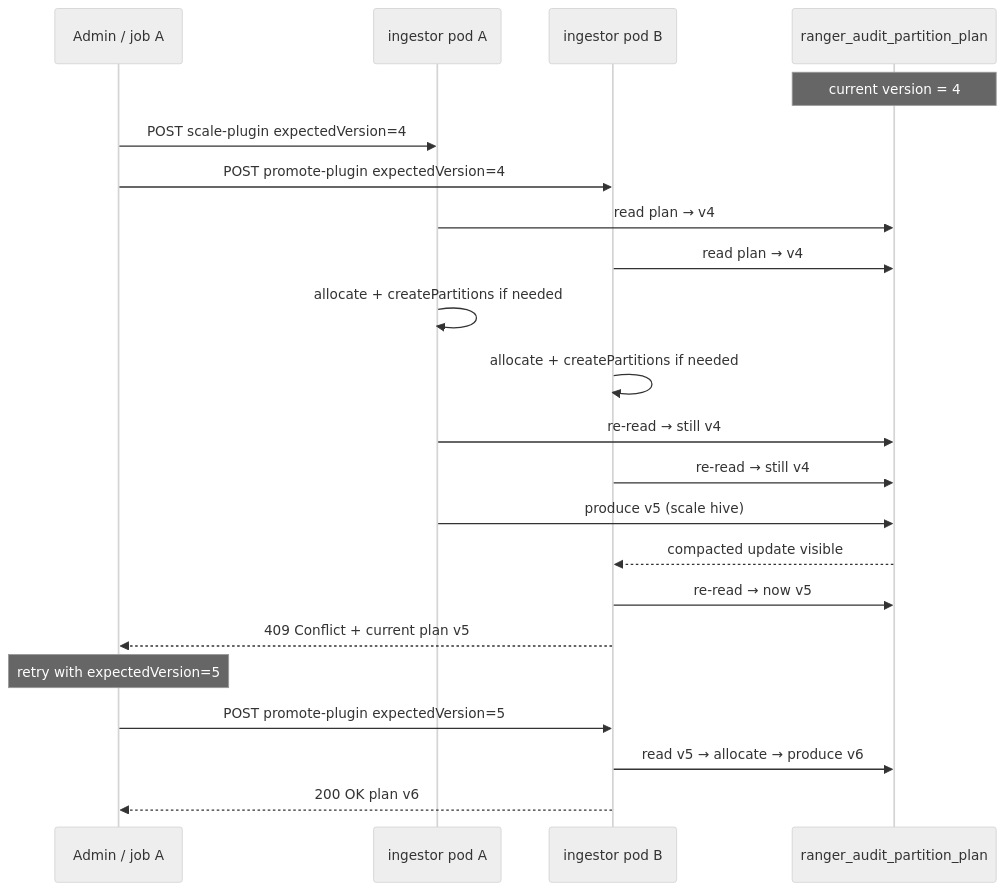
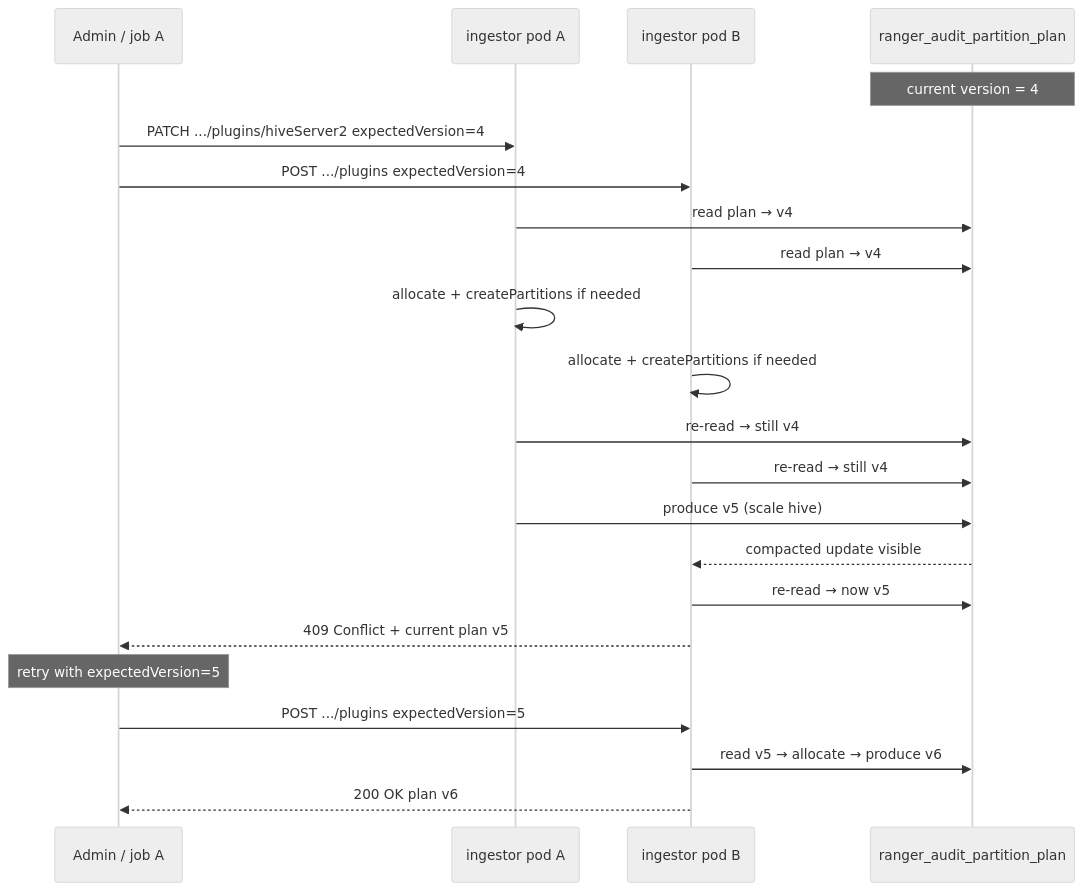
Before and after one commit to ramackri/ranger: diagram 16 of 22 in audit-server/README-KAFKA-PARTITION-PLAN-REGISTRY-REST.md, drawn with Mermaid (neutral theme). The commit also changed other lines of this file and 50 other files, not shown here.

````diff
--- a/audit-server/README-KAFKA-PARTITION-PLAN-REGISTRY-REST.md
+++ b/audit-server/README-KAFKA-PARTITION-PLAN-REGISTRY-REST.md
@@ -1022,33 +1025,33 @@
 ```mermaid
 sequenceDiagram
   participant AdminA as Admin / job A
   participant PodA as ingestor pod A
   participant PodB as ingestor pod B
   participant PlanTopic as ranger_audit_partition_plan
 
   Note over PlanTopic: current version = 4
 
-  AdminA->>PodA: POST scale-plugin expectedVersion=4
-  AdminA->>PodB: POST promote-plugin expectedVersion=4
+  AdminA->>PodA: PATCH .../plugins/hiveServer2 expectedVersion=4
+  AdminA->>PodB: POST .../plugins expectedVersion=4
 
   PodA->>PlanTopic: read plan → v4
   PodB->>PlanTopic: read plan → v4
 
   PodA->>PodA: allocate + createPartitions if needed
   PodB->>PodB: allocate + createPartitions if needed
 
   PodA->>PlanTopic: re-read → still v4
   PodB->>PlanTopic: re-read → still v4
 
   PodA->>PlanTopic: produce v5 (scale hive)
   PlanTopic-->>PodB: compacted update visible
 
   PodB->>PlanTopic: re-read → now v5
   PodB-->>AdminA: 409 Conflict + current plan v5
 
   Note over AdminA: retry with expectedVersion=5
 
-  AdminA->>PodB: POST promote-plugin expectedVersion=5
+  AdminA->>PodB: POST .../plugins expectedVersion=5
   PodB->>PlanTopic: read v5 → allocate → produce v6
   PodB-->>AdminA: 200 OK plan v6
 ```
````
